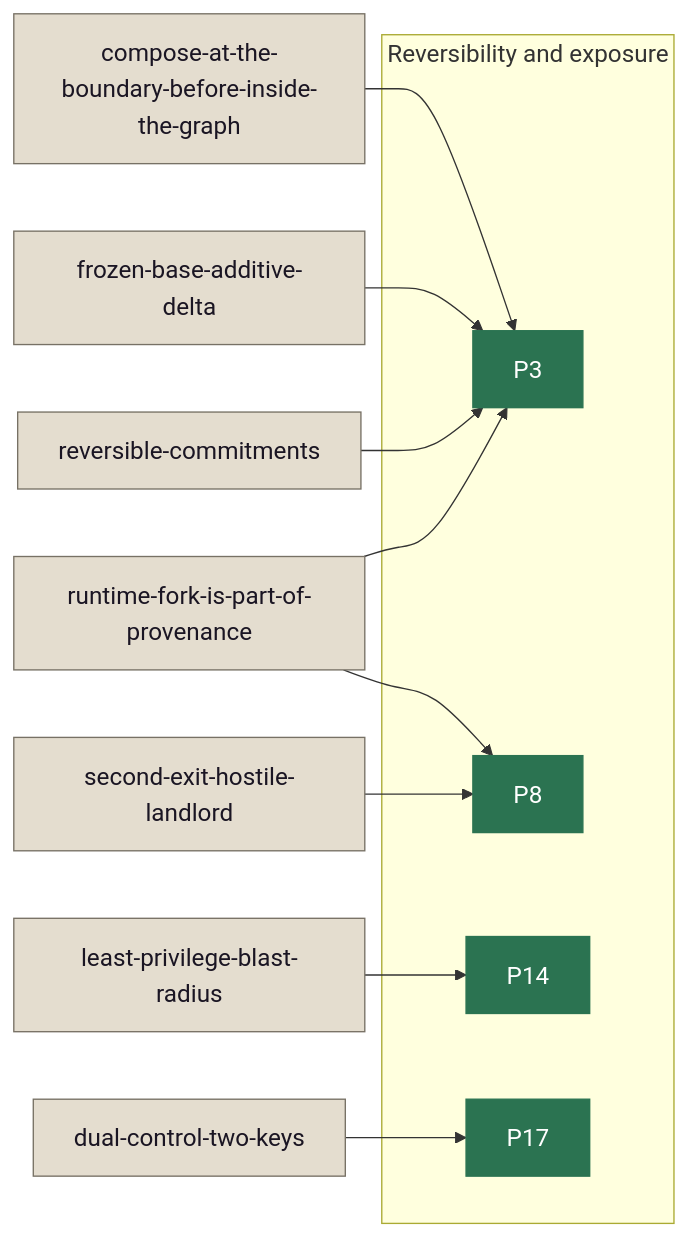
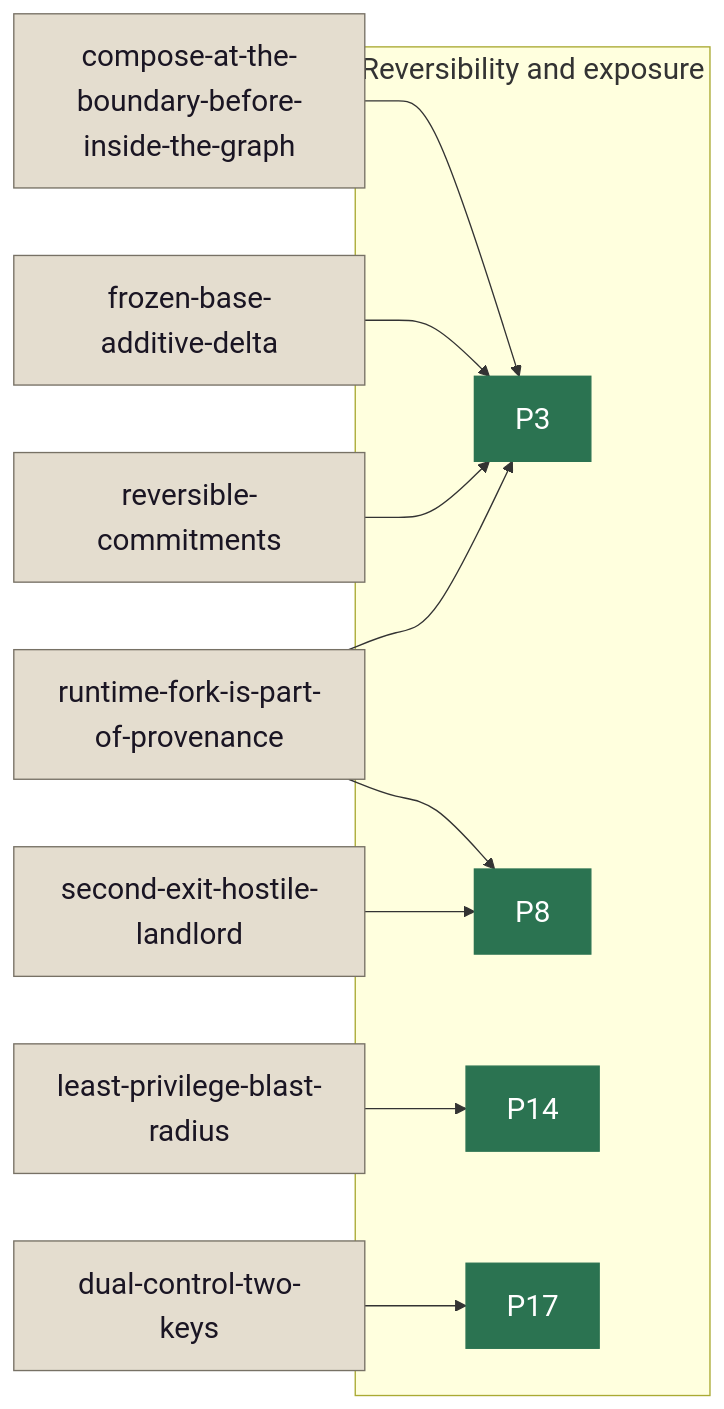
Before and after one commit to darce/heuristics-canon: the third of 7 diagrams in reasoning/MAP.md, drawn with Mermaid. The commit also changed other lines of this file and 2 other files, not shown here.

First line of the commit message:
canon v0.18.1: legible MAP and GRAPH diagrams

````diff
--- a/reasoning/MAP.md
+++ b/reasoning/MAP.md
@@ -107,26 +107,26 @@
 ```mermaid
-%%{init: {'themeVariables': {'fontSize': '18px'}}}%%
+%%{init: {'themeVariables': {'fontSize': '22px'}}}%%
 flowchart LR
   subgraph FG_reversibility["Reversibility and exposure"]
     P_3["P3"]
     P_8["P8"]
     P_14["P14"]
     P_17["P17"]
   end
   C_compose_at_the_boundary_before_inside_the_graph["compose-at-the-boundary-before-inside-the-graph"] --> P_3
   C_dual_control_two_keys["dual-control-two-keys"] --> P_17
   C_frozen_base_additive_delta["frozen-base-additive-delta"] --> P_3
   C_least_privilege_blast_radius["least-privilege-blast-radius"] --> P_14
   C_reversible_commitments["reversible-commitments"] --> P_3
   C_runtime_fork_is_part_of_provenance["runtime-fork-is-part-of-provenance"] --> P_3
   C_runtime_fork_is_part_of_provenance --> P_8
   C_second_exit_hostile_landlord["second-exit-hostile-landlord"] --> P_8
   classDef force_reversibility fill:#2B7351,color:#FFFFFF,stroke:#2B7351
   classDef node_card fill:#E4DDCF,color:#1A1523,stroke:#777165
   class P_14,P_17,P_3,P_8 force_reversibility
   class C_compose_at_the_boundary_before_inside_the_graph,C_dual_control_two_keys,C_frozen_base_additive_delta,C_least_privilege_blast_radius,C_reversible_commitments,C_runtime_fork_is_part_of_provenance,C_second_exit_hostile_landlord node_card
   click P_3 "../PRINCIPLES.md#3-the-safe-side-is-cheap-the-wrong-side-is-not" "The safe side is cheap; the wrong side is not"
   click P_8 "../PRINCIPLES.md#8-assume-a-hostile-landlord-and-keep-a-second-exit" "Assume a hostile landlord and keep a second exit"
   click P_14 "../PRINCIPLES.md#14-grant-the-least-privilege-minimize-what-a-compromise-reaches" "Grant the least privilege; minimize what a compromise reaches"
   click P_17 "../PRINCIPLES.md#17-high-impact-actions-take-two-independent-keys" "High-impact actions take two independent keys"
 ```
````
